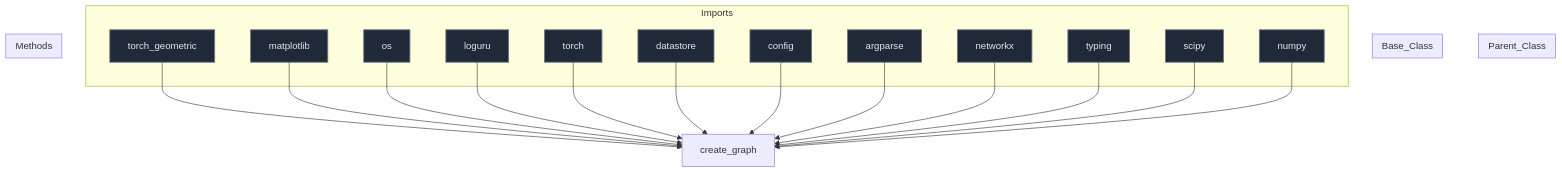
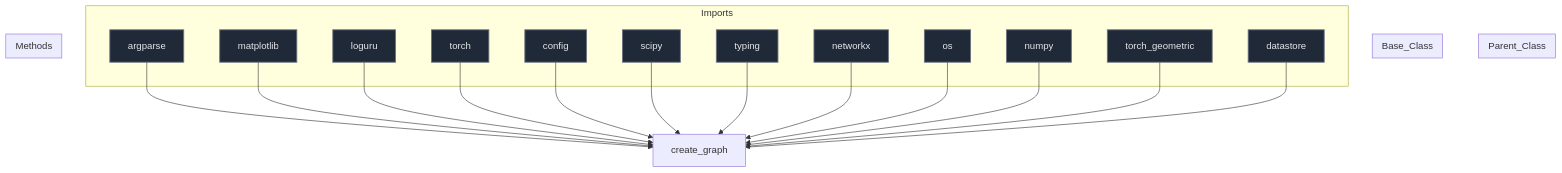
One commit to mllam/neural-lam changed the diagram in docs/diagrams/create_graph_diagram.md. Above: the diagram before and after it, drawn with Mermaid. The commit also changed 21 other files, not shown here.

Commit message:
Auto-update Mermaid diagrams

````diff
--- a/docs/diagrams/create_graph_diagram.md
+++ b/docs/diagrams/create_graph_diagram.md
@@ -1,53 +1,53 @@
 ```mermaid
 %%{init: {'flowchart': {'nodeSpacing': 60, 'rankSpacing': 80}}}%%
 flowchart TD
 
 module["create_graph"]
 
 subgraph Parent_Class
 end
 
 subgraph Base_Class
 end
 
 
 subgraph Imports
-    torch_geometric["torch_geometric"]
+    argparse["argparse"]
     matplotlib["matplotlib"]
-    os["os"]
     loguru["loguru"]
     torch["torch"]
+    config["config"]
+    scipy["scipy"]
+    typing["typing"]
+    networkx["networkx"]
+    os["os"]
+    numpy["numpy"]
+    torch_geometric["torch_geometric"]
     datastore["datastore"]
-    config["config"]
-    argparse["argparse"]
-    networkx["networkx"]
-    typing["typing"]
-    scipy["scipy"]
-    numpy["numpy"]
 end
 
-    torch_geometric --> module
+    argparse --> module
     matplotlib --> module
-    os --> module
     loguru --> module
     torch --> module
+    config --> module
+    scipy --> module
+    typing --> module
+    networkx --> module
+    os --> module
+    numpy --> module
+    torch_geometric --> module
     datastore --> module
-    config --> module
-    argparse --> module
-    networkx --> module
-    typing --> module
-    scipy --> module
-    numpy --> module
 
 subgraph Methods
 end
 
 
 classDef parent fill:#0f172a,stroke:#3b82f6,stroke-width:2px,color:#f1f5f9,font-size:16px
 classDef base fill:#78350f,stroke:#f59e0b,stroke-width:1px,color:#fde68a,font-size:16px
 classDef import fill:#1f2937,stroke:#6b7280,stroke-width:1.5px,color:#e5e7eb,font-size:16px
 classDef method fill:#2d043f,stroke:#7c3aed,stroke-width:1.5px,color:#ede9fe,font-size:16px
 classDef callNode fill:#064e3b,stroke:#10b981,stroke-width:1.5px,color:#d1fae5,font-size:16px
-class torch_geometric,matplotlib,os,loguru,torch,datastore,config,argparse,networkx,typing,scipy,numpy import
+class argparse,matplotlib,loguru,torch,config,scipy,typing,networkx,os,numpy,torch_geometric,datastore import
 
 ```
````
